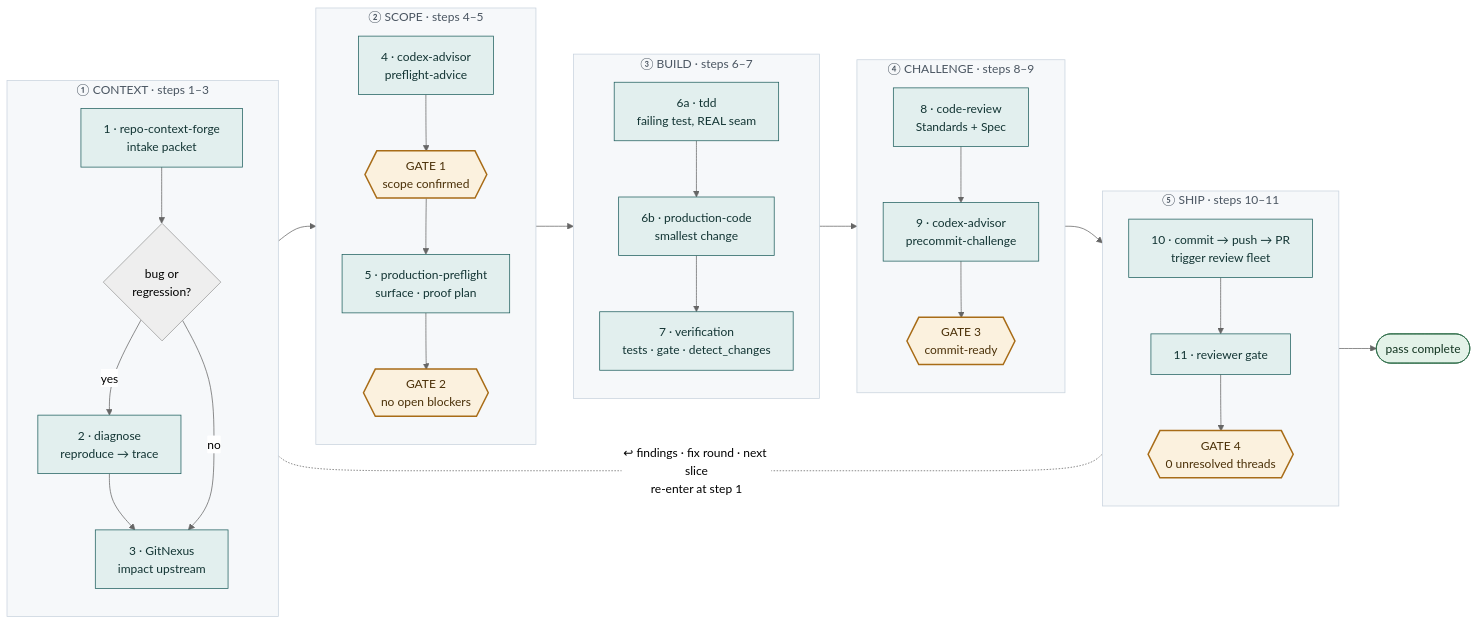
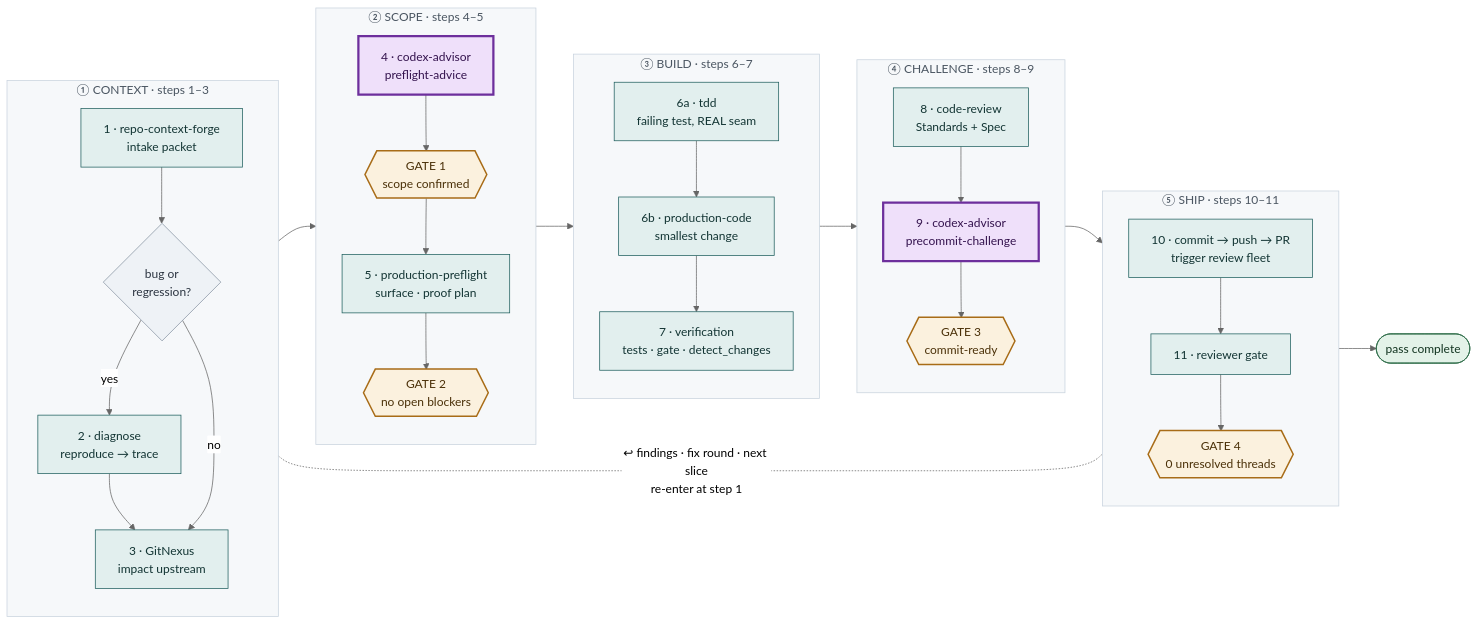
Before and after one commit to future3OOO/claude-skills: the first of 3 diagrams in skills/repo-production-workflow/WORKFLOW-MAP.md, drawn with Mermaid (neutral theme). The commit also changed other lines of this file, not shown here.

First line of the commit message:
docs(repo-production-workflow): make the advisor rounds visually critical

````diff
--- a/skills/repo-production-workflow/WORKFLOW-MAP.md
+++ b/skills/repo-production-workflow/WORKFLOW-MAP.md
@@ -19,51 +22,55 @@
 ```mermaid
 flowchart LR
   subgraph PH1["① CONTEXT · steps 1–3"]
     direction TB
     A["1 · repo-context-forge<br/>intake packet"] --> BQ{"bug or<br/>regression?"}
     BQ -- yes --> DG["2 · diagnose<br/>reproduce → trace"]
     DG --> GN["3 · GitNexus<br/>impact upstream"]
     BQ -- no --> GN
   end
 
   subgraph PH2["② SCOPE · steps 4–5"]
     direction TB
     AD1["4 · codex-advisor<br/>preflight-advice"] --> G1{{"GATE 1<br/>scope confirmed"}}
     G1 --> PF["5 · production-preflight<br/>surface · proof plan"]
     PF --> G2{{"GATE 2<br/>no open blockers"}}
   end
 
   subgraph PH3["③ BUILD · steps 6–7"]
     direction TB
     TD["6a · tdd<br/>failing test, REAL seam"] --> PC["6b · production-code<br/>smallest change"]
     PC --> VF["7 · verification<br/>tests · gate · detect_changes"]
   end
 
   subgraph PH4["④ CHALLENGE · steps 8–9"]
     direction TB
     CR["8 · code-review<br/>Standards + Spec"] --> AD2["9 · codex-advisor<br/>precommit-challenge"]
     AD2 --> G3{{"GATE 3<br/>commit-ready"}}
   end
 
   subgraph PH5["⑤ SHIP · steps 10–11"]
     direction TB
     CM["10 · commit → push → PR<br/>trigger review fleet"] --> RG["11 · reviewer gate"]
     RG --> G4{{"GATE 4<br/>0 unresolved threads"}}
   end
 
   GN --> AD1
   G2 --> TD
   VF --> CR
   G3 --> CM
   G4 --> DONE(["pass complete"])
   A <-.-|"↩ findings · fix round · next slice<br/>re-enter at step 1"| RG
 
+  classDef advisor fill:#efe0fa,stroke:#6d2f9c,color:#33124d,stroke-width:3px
   classDef gate fill:#fbf1de,stroke:#a86c17,color:#4a3008,stroke-width:2px
   classDef step fill:#e2efee,stroke:#20605f,color:#123433
+  classDef decision fill:#eef2f6,stroke:#8894a3,color:#2b3440
   classDef done fill:#e3f2e8,stroke:#2c6b46,color:#123420
   classDef phase fill:#f6f8fa,stroke:#c9d3de,color:#4a5561
+  class AD1,AD2 advisor
   class G1,G2,G3,G4 gate
-  class A,DG,GN,AD1,PF,TD,PC,VF,CR,AD2,CM,RG step
+  class A,DG,GN,PF,TD,PC,VF,CR,CM,RG step
+  class BQ decision
   class DONE done
   class PH1,PH2,PH3,PH4,PH5 phase
 ```
````
